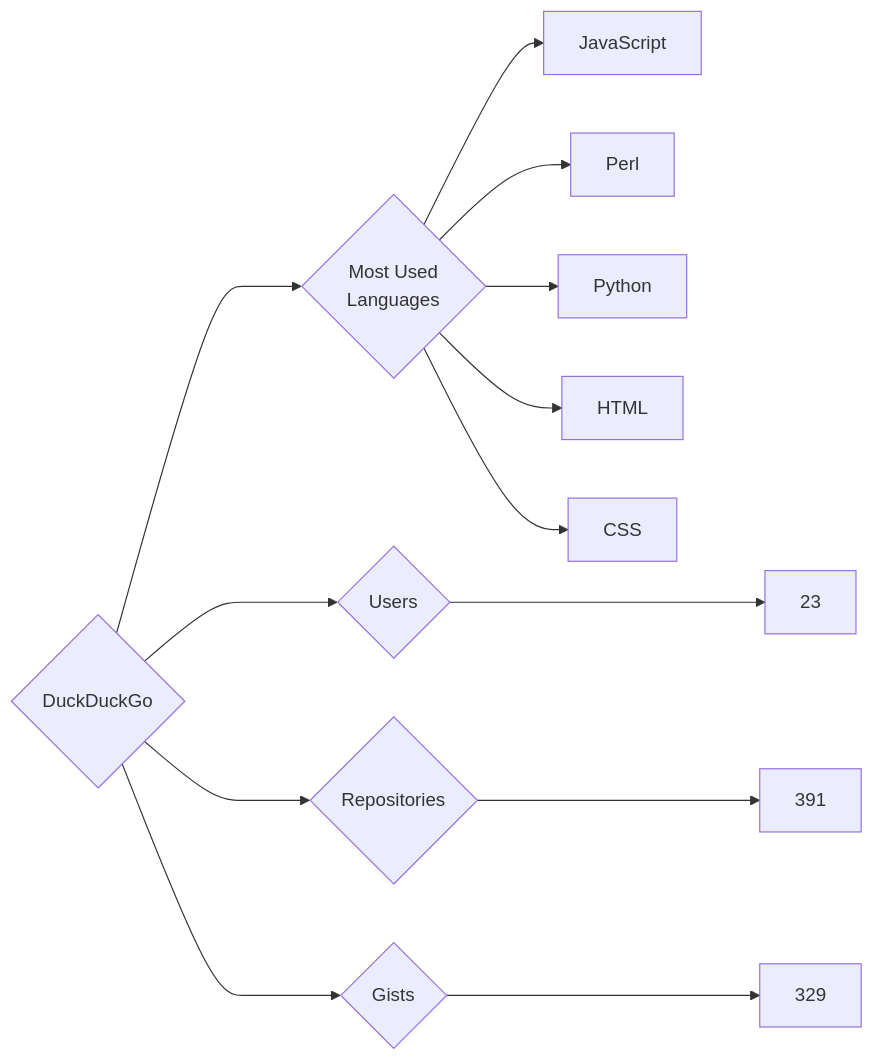
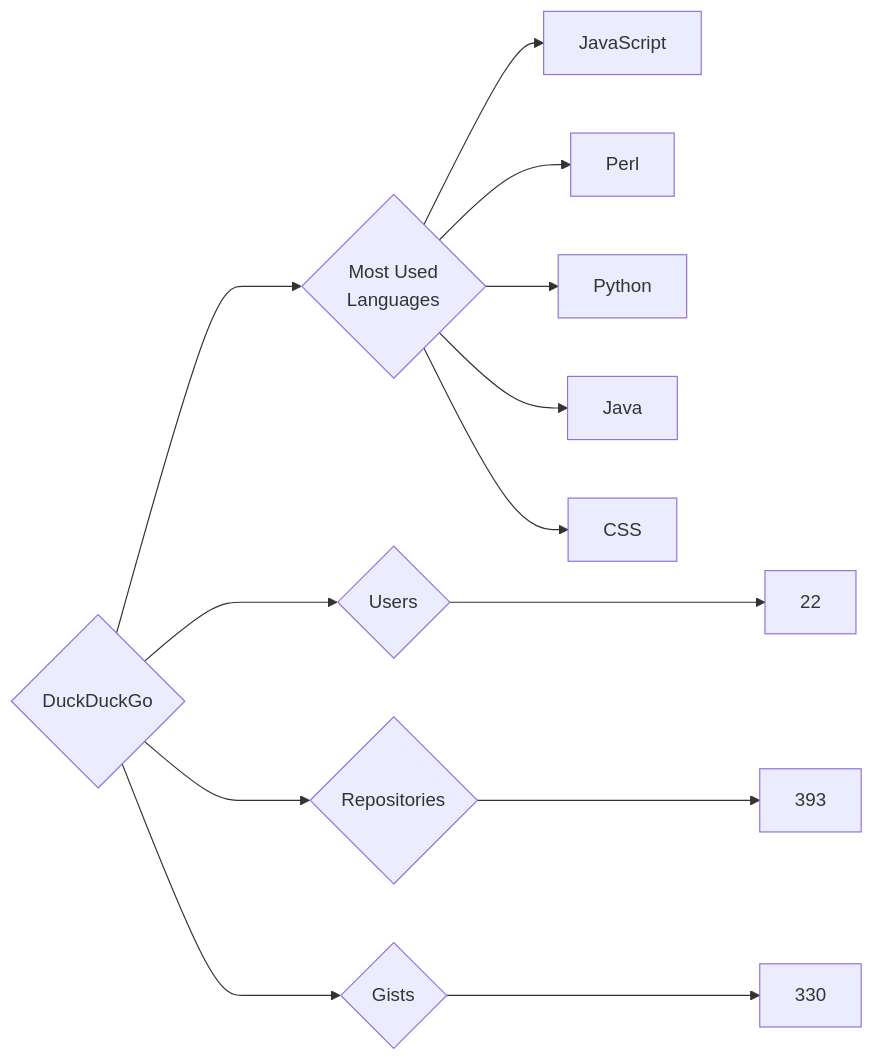
The diagram in targets/DuckDuckGo/README.md (trickest/insiders), drawn with Mermaid before and after one commit. The commit also changed 891 other files, not shown here.

````diff
--- a/targets/DuckDuckGo/README.md
+++ b/targets/DuckDuckGo/README.md
@@ -3,13 +3,13 @@
 ```mermaid
 graph LR
 COMPANY_NAME{DuckDuckGo}
-COMPANY_NAME ---> U{Users} ---> UN[23]
-COMPANY_NAME ---> R{Repositories} ---> RN[391]
-COMPANY_NAME ---> G{Gists} ---> GN[329]
+COMPANY_NAME ---> U{Users} ---> UN[22]
+COMPANY_NAME ---> R{Repositories} ---> RN[393]
+COMPANY_NAME ---> G{Gists} ---> GN[330]
 COMPANY_NAME ---> ML{Most Used<br>Languages}
 ML --> JavaScript[JavaScript]
 ML --> Perl[Perl]
 ML --> Python[Python]
-ML --> HTML[HTML]
+ML --> Java[Java]
 ML --> CSS[CSS]
 ```
````
